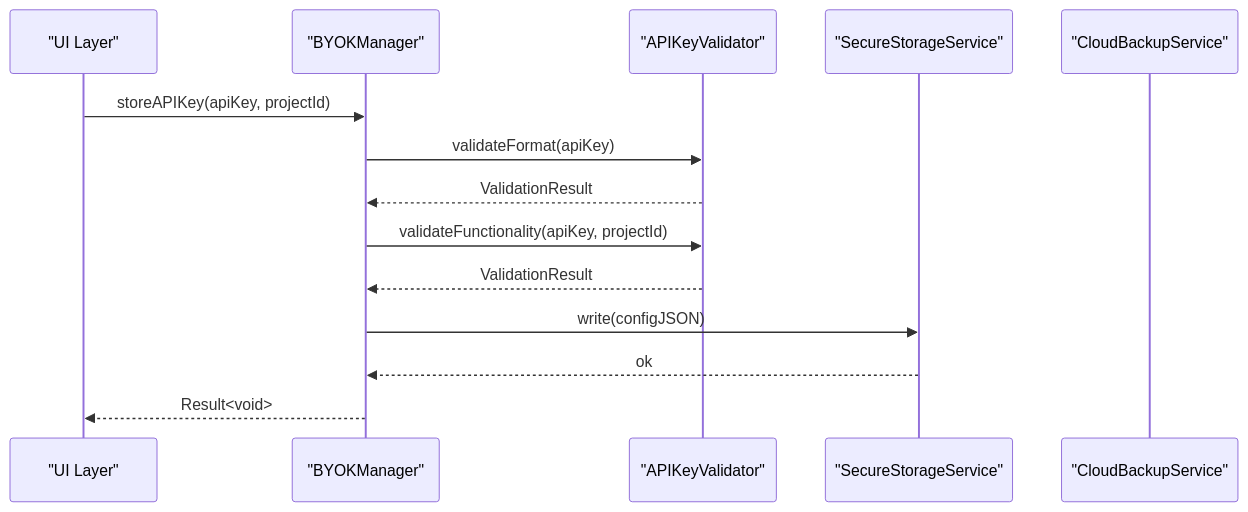
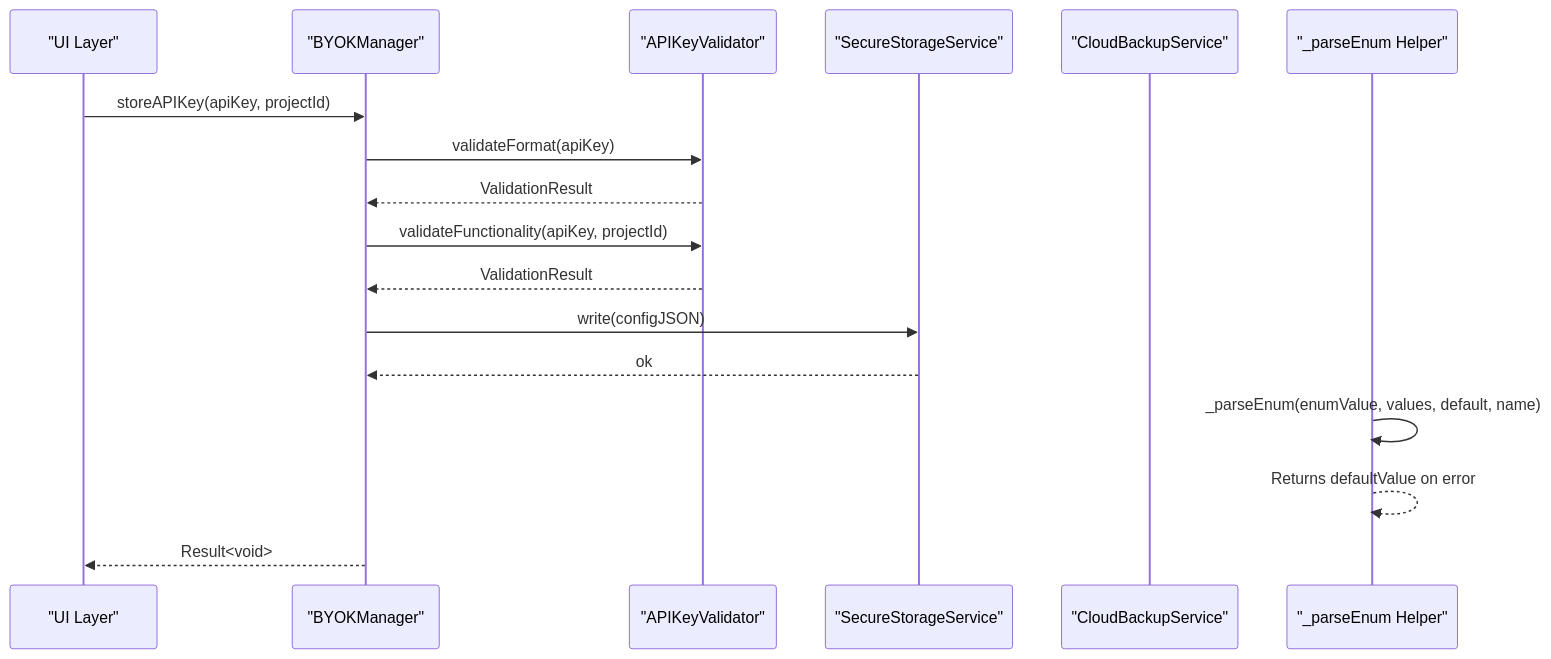
One commit to JAaron93/StyleSync changed the second of 9 diagrams in .qoder/repowiki/en/content/API Reference.md. Above: the diagram before and after it, drawn with Mermaid. The commit also changed other lines of this file and 36 other files, not shown here.

First line of the commit message:
docs(api): adds centralized _parseEnum helper and enhance data model parsing docs

````diff
--- a/.qoder/repowiki/en/content/API Reference.md
+++ b/.qoder/repowiki/en/content/API Reference.md
@@ -115,16 +145,19 @@
 ```mermaid
 sequenceDiagram
 participant UI as "UI Layer"
 participant BYOK as "BYOKManager"
 participant Val as "APIKeyValidator"
 participant SSS as "SecureStorageService"
 participant CBS as "CloudBackupService"
+participant Parser as "_parseEnum Helper"
 UI->>BYOK : storeAPIKey(apiKey, projectId)
 BYOK->>Val : validateFormat(apiKey)
 Val-->>BYOK : ValidationResult
 BYOK->>Val : validateFunctionality(apiKey, projectId)
 Val-->>BYOK : ValidationResult
 BYOK->>SSS : write(configJSON)
 SSS-->>BYOK : ok
+Parser->>Parser : _parseEnum(enumValue, values, default, name)
+Parser-->>Parser : Returns defaultValue on error
 BYOK-->>UI : Result<void>
 ```
````
